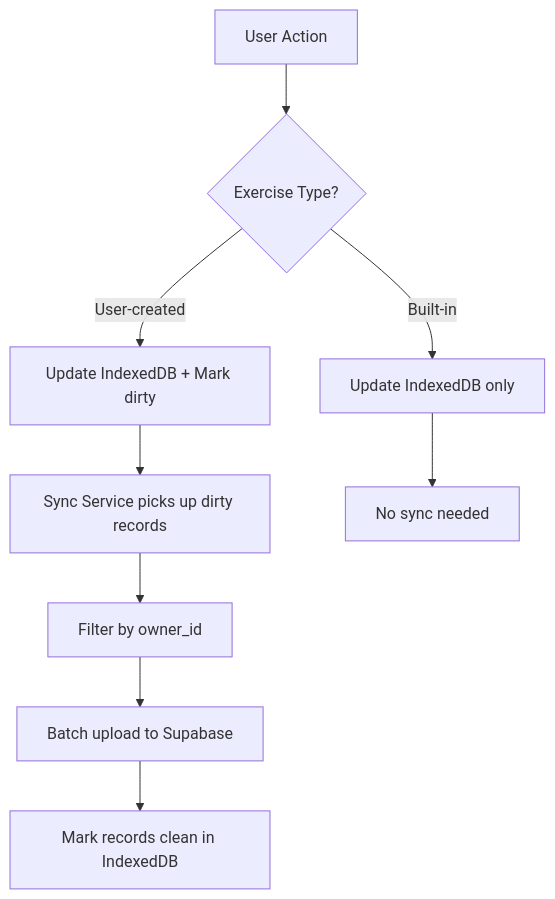
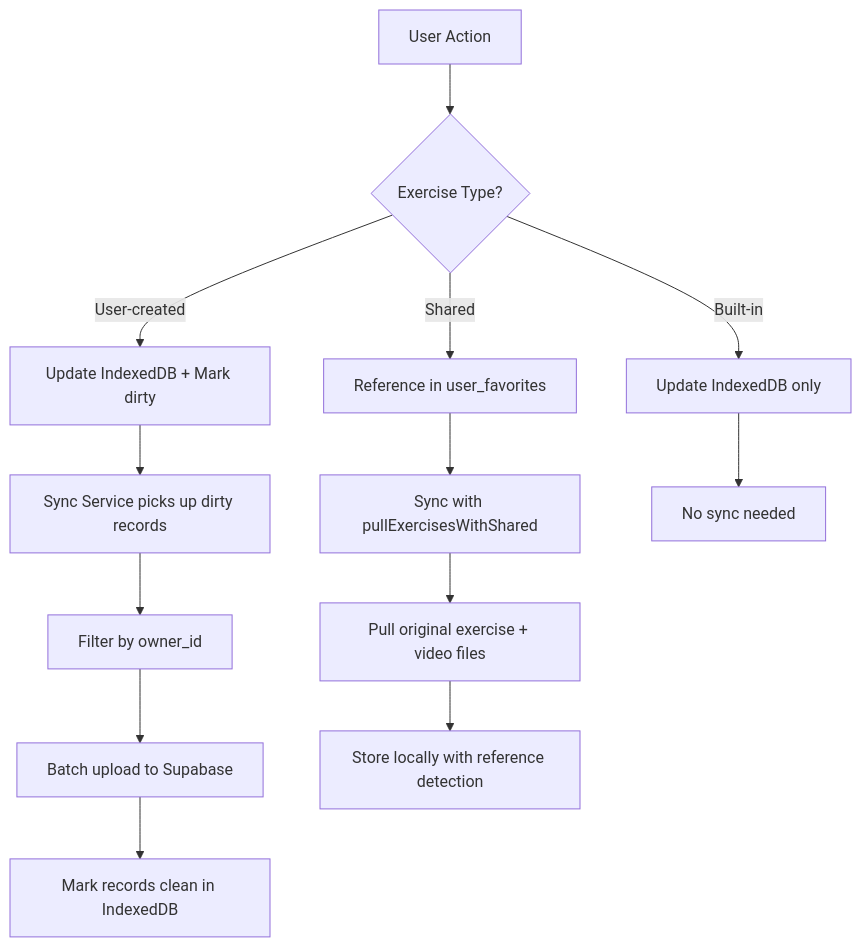
The diagram in docs/exercises-sync.md (akram0zaki/repcue), drawn with Mermaid before and after one commit. The commit also changed other lines of this file and 45 other files, not shown here.

````diff
--- a/docs/exercises-sync.md
+++ b/docs/exercises-sync.md
@@ -91,11 +104,15 @@
 ```mermaid
 graph TD
     A[User Action] --> B{Exercise Type?}
     B -->|Built-in| C[Update IndexedDB only]
     B -->|User-created| D[Update IndexedDB + Mark dirty]
-    D --> E[Sync Service picks up dirty records]
-    E --> F[Filter by owner_id]
-    F --> G[Batch upload to Supabase]
-    G --> H[Mark records clean in IndexedDB]
-    C --> I[No sync needed]
+    B -->|Shared| E[Reference in user_favorites]
+    D --> F[Sync Service picks up dirty records]
+    F --> G[Filter by owner_id]
+    G --> H[Batch upload to Supabase]
+    H --> I[Mark records clean in IndexedDB]
+    E --> J[Sync with pullExercisesWithShared]
+    J --> K[Pull original exercise + video files]
+    K --> L[Store locally with reference detection]
+    C --> M[No sync needed]
 ```
````
